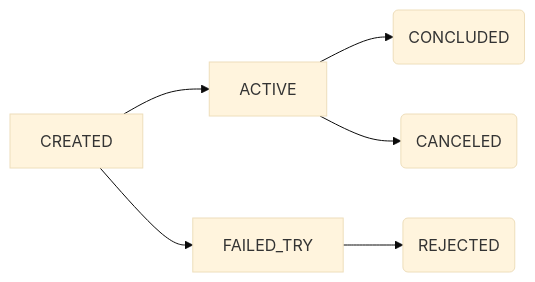
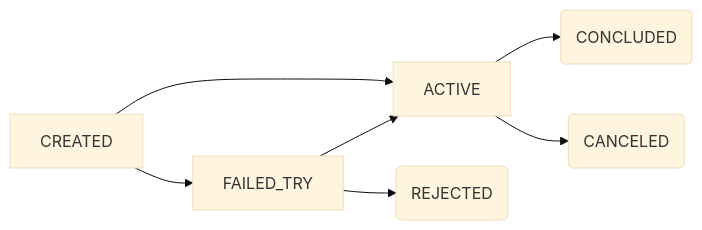
Before and after one commit to woovibr/woovi-developers: the fourth of 5 diagrams in docs/pix-automatic/pix-automatic-state-machine.md, drawn with Mermaid (base theme). The commit also changed other lines of this file, not shown here.

````diff
--- a/docs/pix-automatic/pix-automatic-state-machine.md
+++ b/docs/pix-automatic/pix-automatic-state-machine.md
@@ -81,8 +81,9 @@
 ```mermaid
 flowchart LR
     A[CREATED] -->B(ACTIVE)
     A[CREATED] --> F[FAILED_TRY]
     F[FAILED_TRY] --> D(REJECTED)
+    F[FAILED_TRY] --> B(ACTIVE)
     B[ACTIVE] -->C(CONCLUDED)
     B[ACTIVE] -->E(CANCELED)
 ```
````
